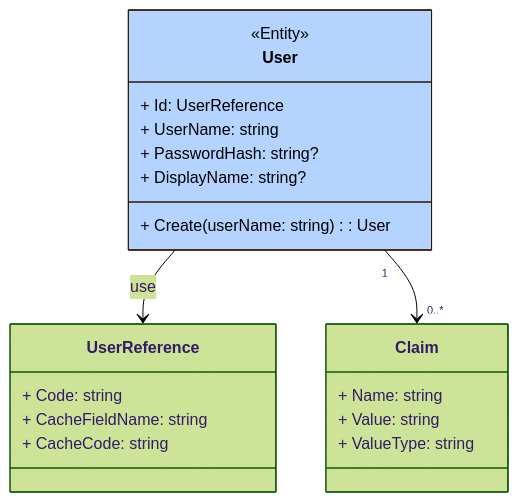
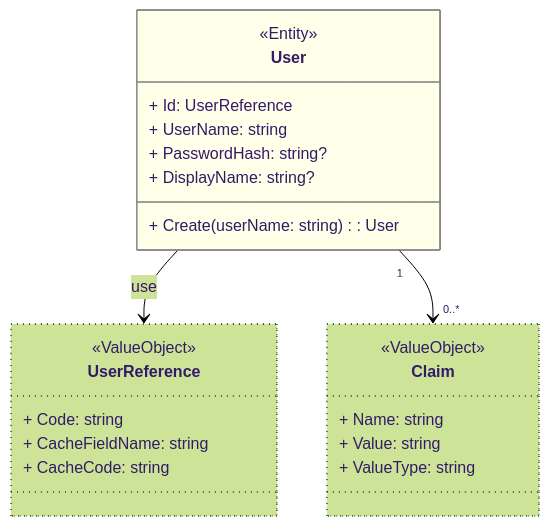
One commit to sdlfly2000/AuthenticationServer changed the diagram in UML/Domain.User.md. Above: the diagram before and after it, drawn with Mermaid (forest theme). The commit also changed 1 other file, not shown here.

Commit message:
add domain template

````diff
--- a/UML/Domain.User.md
+++ b/UML/Domain.User.md
@@ -3,38 +3,44 @@
 ```mermaid
 ---
 config:
     class:
         hideEmptyMembersBox: true
 ---
 
 
 classDiagram
 
 User --> UserReference : use
 User "1" --> "0..*" Claim
 
 class User:::Entity {
     <<Entity>>
     + Id: UserReference
     + UserName: string
     + PasswordHash: string?
     + DisplayName: string?
     + Create(userName: string): User
 }
 
-class UserReference {
+class UserReference:::ValueObject {
+    <<ValueObject>>
     + Code: string
     + CacheFieldName: string
     + CacheCode: string
 }
 
-class Claim {
+class Claim:::ValueObject {
+    <<ValueObject>>
     + Name: string
     + Value: string
     + ValueType: string
 }
 
 %%{Format}%%
-classDef Entity: stroke-width:1px, stroke-dasharray:none,stroke:#2c1800ff, fill:#b5d3ff, color:#000000;
+classDef Entity: stroke-width: 1px, stroke-dasharray: none, stroke: #808080ff, fill: #ffffeaff, color: #00000000;
+
+classDef ValueObject: stroke-width: 1px, stroke-dasharray: 1 5
+
+classDef Interface: stroke-width: 1px, stroke-dasharray: 1 5, fill: #dfdfdfff, color: #00000000;
 
 ```
````
